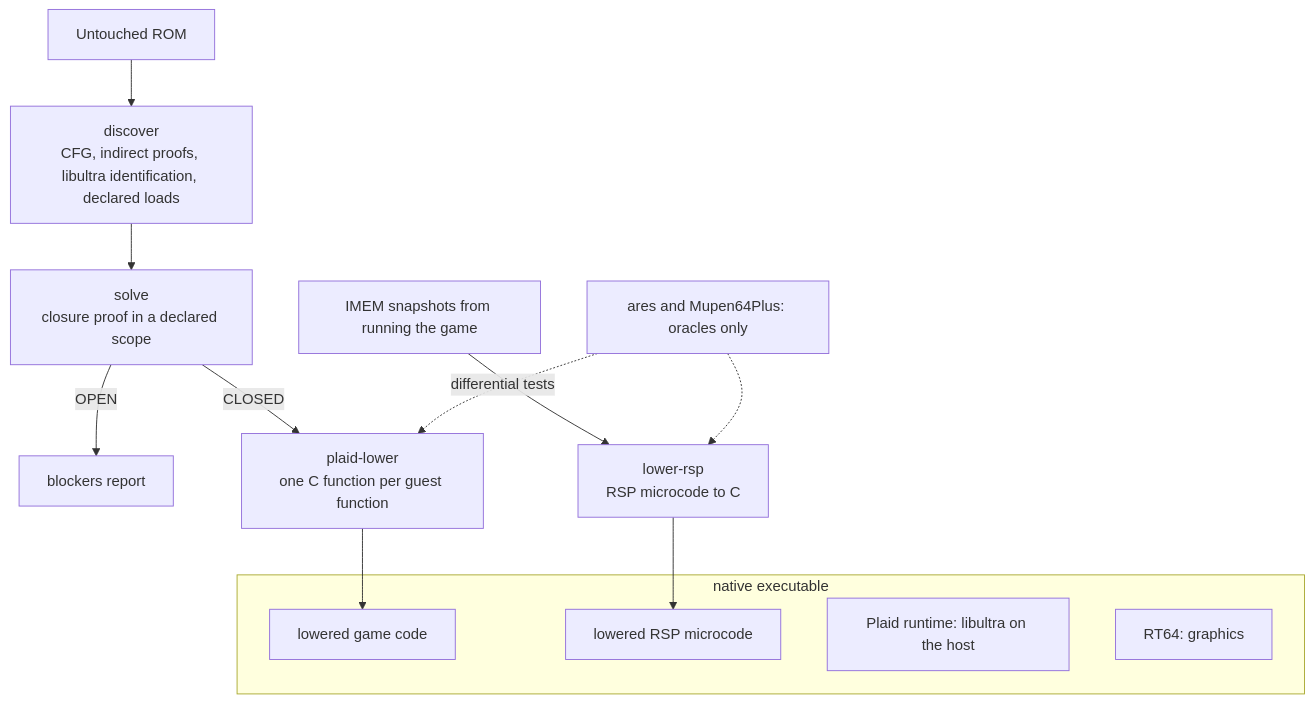
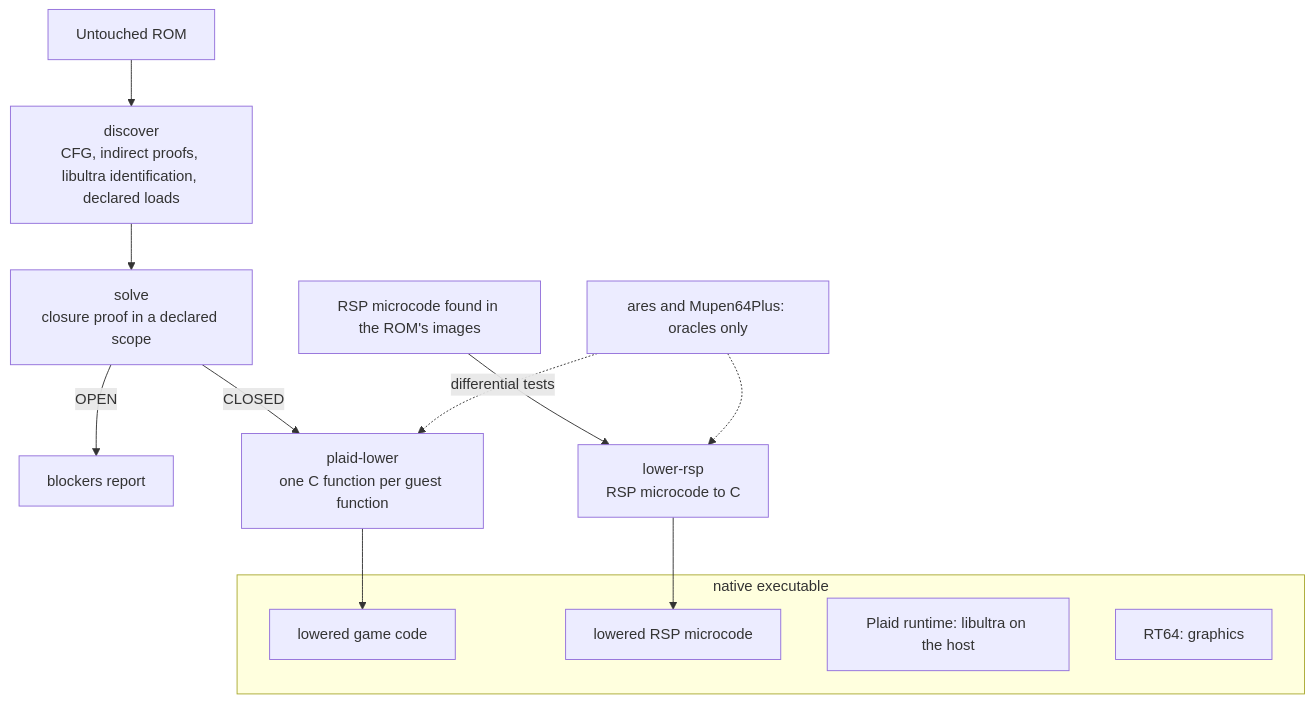
The diagram in README.md (sting-raider/Plaid), drawn with Mermaid before and after one commit. The commit also changed other lines of this file and 1 other file, not shown here.

````diff
--- a/README.md
+++ b/README.md
@@ -178,18 +184,18 @@
 ```mermaid
 flowchart TD
   rom[Untouched ROM] --> discover["discover<br/>CFG, indirect proofs, libultra identification, declared loads"]
   discover --> solve["solve<br/>closure proof in a declared scope"]
   solve -->|OPEN| stop[blockers report]
   solve -->|CLOSED| lower["plaid-lower<br/>one C function per guest function"]
-  snaps[IMEM snapshots from running the game] --> rsplower["lower-rsp<br/>RSP microcode to C"]
+  romtexts[RSP microcode found in the ROM's images] --> rsplower["lower-rsp<br/>RSP microcode to C"]
   subgraph exe[native executable]
     game[lowered game code]
     rsp[lowered RSP microcode]
     rt[Plaid runtime: libultra on the host]
     rt64[RT64: graphics]
   end
   lower --> game
   rsplower --> rsp
   oracle[ares and Mupen64Plus: oracles only] -.->|differential tests| lower
   oracle -.-> rsplower
 ```
````
